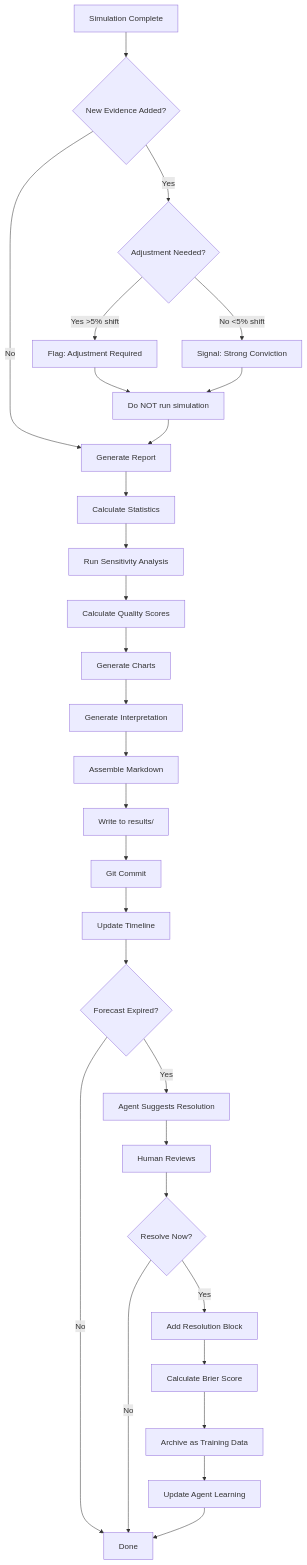
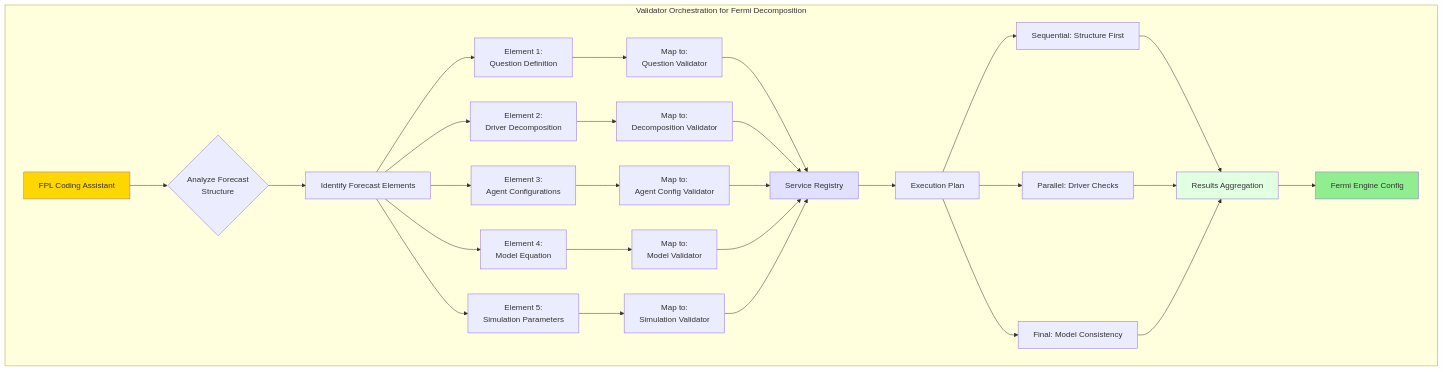
The diagram in rendered_output/charts/diagram-0.mmd (Replicant-Partners/fermi), drawn with Mermaid before and after one commit. The commit also changed 71 other files, not shown here.

First line of the commit message:
Phase 6 (Part 1): Add fermi-ontology crate with MermaidGenerator

```diff
--- a/rendered_output/charts/diagram-0.mmd
+++ b/rendered_output/charts/diagram-0.mmd
@@ -1,58 +1,62 @@
 %%{
   init: {
     'theme': 'base',
     'themeVariables': {
       'primaryColor': '#5CCFE6',
       'primaryTextColor': '#CBCCC6',
       'primaryBorderColor': '#5C6773',
       'lineColor': '#FFCC66',
       'secondaryColor': '#BAE67E',
       'tertiaryColor': '#FFAE57',
       'background': '#1F2430',
       'mainBkg': '#1F2430',
       'secondBkg': '#1F2430',
       'tertiaryBkg': '#1F2430',
       'textColor': '#CBCCC6',
       'border1': '#5C6773',
       'border2': '#5C6773',
       'arrowheadColor': '#FFCC66',
       'fontFamily': 'ui-monospace, "Cascadia Code", "Source Code Pro", Menlo, Consolas, "DejaVu Sans Mono", monospace',
       'fontSize': '14px'
     }
   }
-}%%flowchart TD
-    A[Simulation Complete] --> B{New Evidence Added?}
-    B -->|Yes| C{Adjustment Needed?}
-    B -->|No| D[Generate Report]
+}%%graph TB
+    subgraph "Validator Orchestration for Fermi Decomposition"
+        A[FPL Coding Assistant] --> B{Analyze Forecast<br/>Structure}
+        
+        B --> C[Identify Forecast Elements]
+        
+        C --> D[Element 1:<br/>Question Definition]
+        C --> E[Element 2:<br/>Driver Decomposition]
+        C --> F[Element 3:<br/>Agent Configurations]
+        C --> G[Element 4:<br/>Model Equation]
+        C --> H[Element 5:<br/>Simulation Parameters]
+        
+        D --> I[Map to:<br/>Question Validator]
+        E --> J[Map to:<br/>Decomposition Validator]
+        F --> K[Map to:<br/>Agent Config Validator]
+        G --> L[Map to:<br/>Model Validator]
+        H --> M[Map to:<br/>Simulation Validator]
+        
+        I --> N[Service Registry]
+        J --> N
+        K --> N
+        L --> N
+        M --> N
+        
+        N --> O[Execution Plan]
+        O --> P[Sequential: Structure First]
+        O --> Q[Parallel: Driver Checks]
+        O --> R[Final: Model Consistency]
+        
+        P --> S[Results Aggregation]
+        Q --> S
+        R --> S
+        
+        S --> T[Fermi Engine Config]
+    end
     
-    C -->|Yes >5% shift| E[Flag: Adjustment Required]
-    C -->|No <5% shift| F[Signal: Strong Conviction]
-    
-    E --> G[Do NOT run simulation]
-    F --> G
-    
-    G --> D
-    
-    D --> H[Calculate Statistics]
-    H --> I[Run Sensitivity Analysis]
-    I --> J[Calculate Quality Scores]
-    J --> K[Generate Charts]
-    K --> L[Generate Interpretation]
-    L --> M[Assemble Markdown]
-    M --> N[Write to results/]
-    N --> O[Git Commit]
-    O --> P[Update Timeline]
-    
-    P --> Q{Forecast Expired?}
-    Q -->|Yes| R[Agent Suggests Resolution]
-    Q -->|No| S[Done]
-    
-    R --> T[Human Reviews]
-    T --> U{Resolve Now?}
-    U -->|Yes| V[Add Resolution Block]
-    U -->|No| S
-    
-    V --> W[Calculate Brier Score]
-    W --> X[Archive as Training Data]
-    X --> Y[Update Agent Learning]
-    Y --> S
+    style A fill:#ffd700
+    style N fill:#e1e1ff
+    style S fill:#e1ffe1
+    style T fill:#90ee90
```
